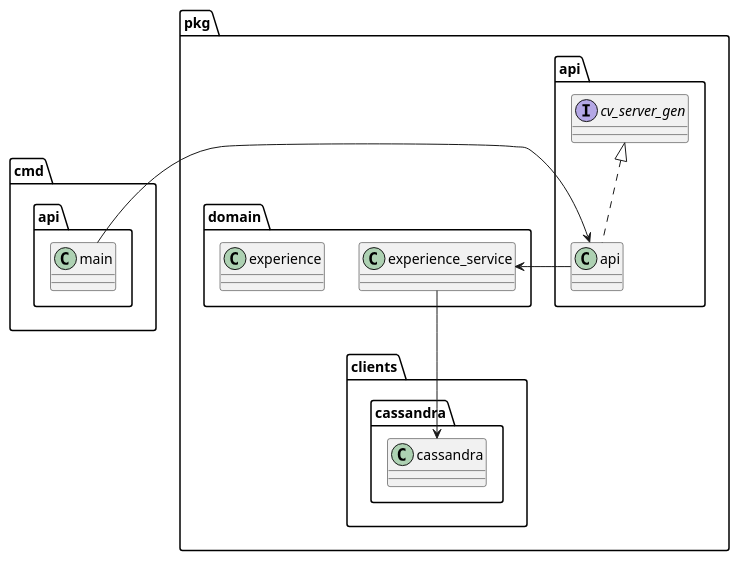
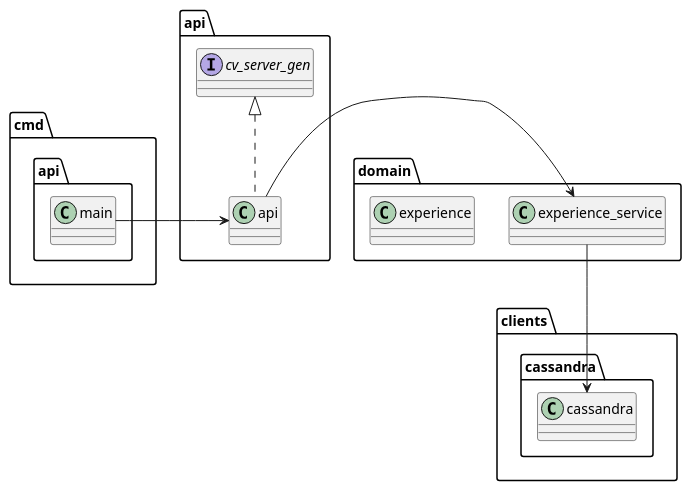
Before and after one commit to ernstvorsteveld/go-cv-cassandra: the diagram in documentation/overview.pu, drawn with PlantUML. The commit also changed 17 other files, not shown here.

```diff
--- a/documentation/overview.pu
+++ b/documentation/overview.pu
@@ -1,29 +1,27 @@
 @startuml "overview"
 
 package cmd.api {
-
     class main
-
 }
 
-package pkg.api {
+package api {
     class api implements cv_server_gen
 
     cmd.api.main -> api
 }
 
-package pkg.domain {
+package domain {
     class experience
     class experience_service
 
-    pkg.api.api -> experience_service
+    api.api -> experience_service
 }
 
-package pkg.clients.cassandra {
+package clients.cassandra {
     class cassandra
 
-    pkg.domain.experience_service -down-> cassandra
+    domain.experience_service -down-> cassandra
 }
 
 
 @enduml
```
